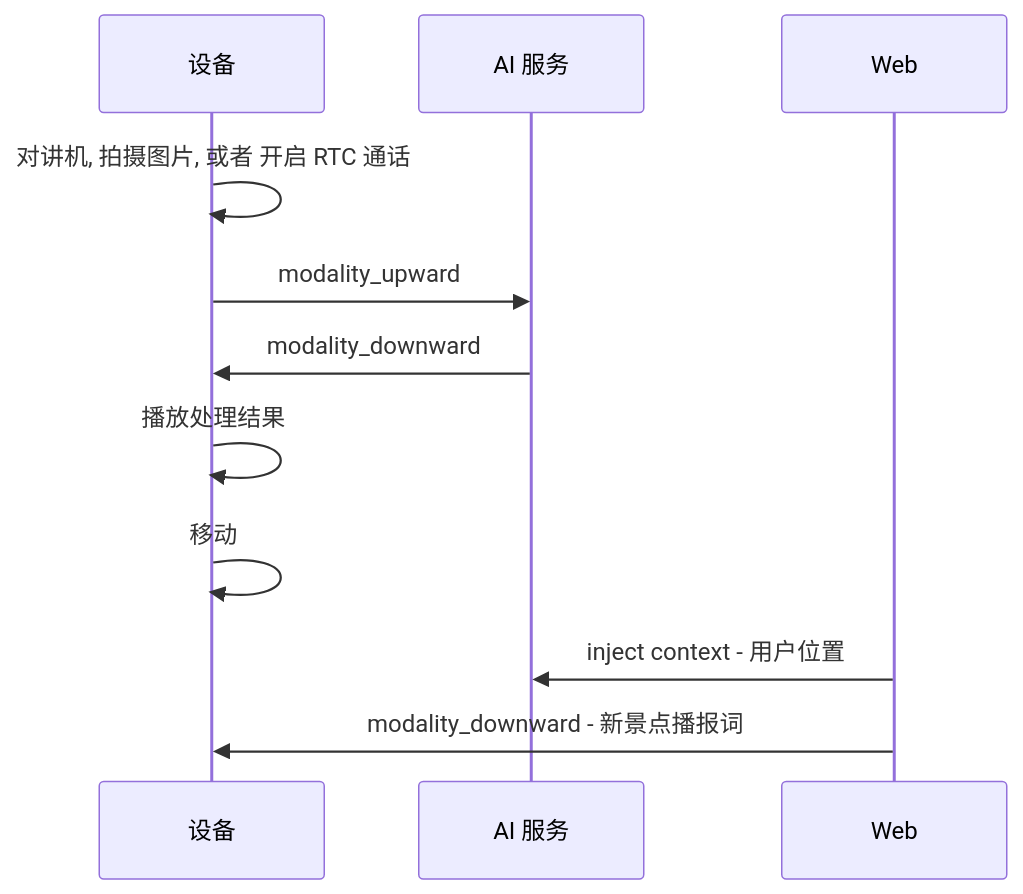
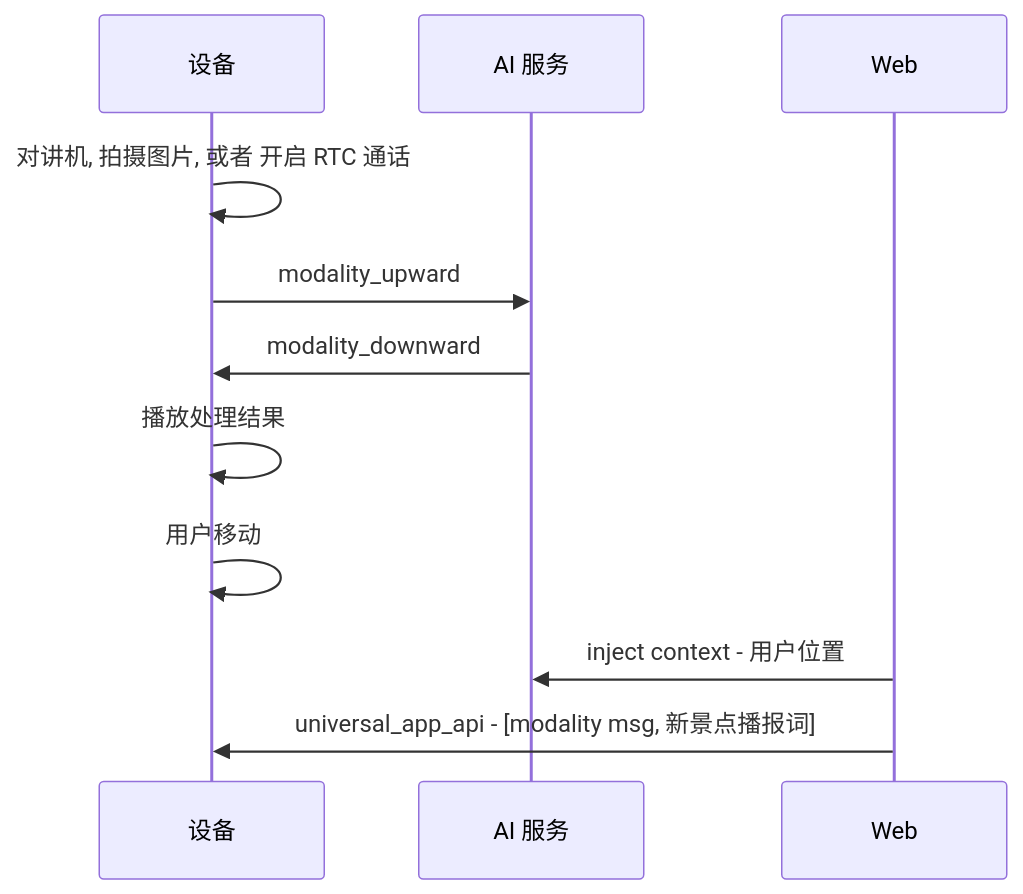
Before and after one commit to shaojun/open_docs: the second of 9 diagrams in projects/commercial/USER_STORY.md, drawn with Mermaid. The commit also changed other lines of this file and 1 other file, not shown here.

````diff
--- a/projects/commercial/USER_STORY.md
+++ b/projects/commercial/USER_STORY.md
@@ -20,13 +22,13 @@
 ```mermaid
 sequenceDiagram
     participant Device as 设备
     participant AIService as AI 服务
     
     Device->>Device: 对讲机, 拍摄图片, 或者 开启 RTC 通话
     Device->>AIService: modality_upward
     AIService->>Device: modality_downward
     Device->>Device: 播放处理结果
-    Device->>Device: 移动
+    Device->>Device: 用户移动
     Web->>AIService: inject context - 用户位置  
-    Web->>Device: modality_downward - 新景点播报词
+    Web->>Device: universal_app_api - [modality msg, 新景点播报词]
 ```
````
